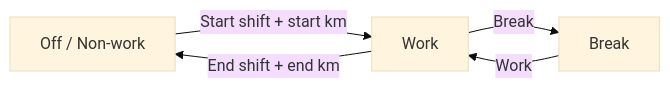
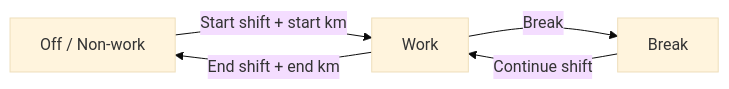
The diagram in app-next/docs/user-guides/driver-ui-guide-esl.md (Rod-Shehan/fatigue-app-latest), drawn with Mermaid (base theme) before and after one commit. The commit also changed other lines of this file and 9 other files, not shown here.

Commit message:
Label the first work tap Start shift and after a break Continue shift.

````diff
--- a/app-next/docs/user-guides/driver-ui-guide-esl.md
+++ b/app-next/docs/user-guides/driver-ui-guide-esl.md
@@ -70,7 +69,7 @@
 ```mermaid
 flowchart LR
   A[Off / Non-work] -->|Start shift + start km| B[Work]
   B -->|Break| C[Break]
-  C -->|Work| B
+  C -->|Continue shift| B
   B -->|End shift + end km| A
 ```
````
